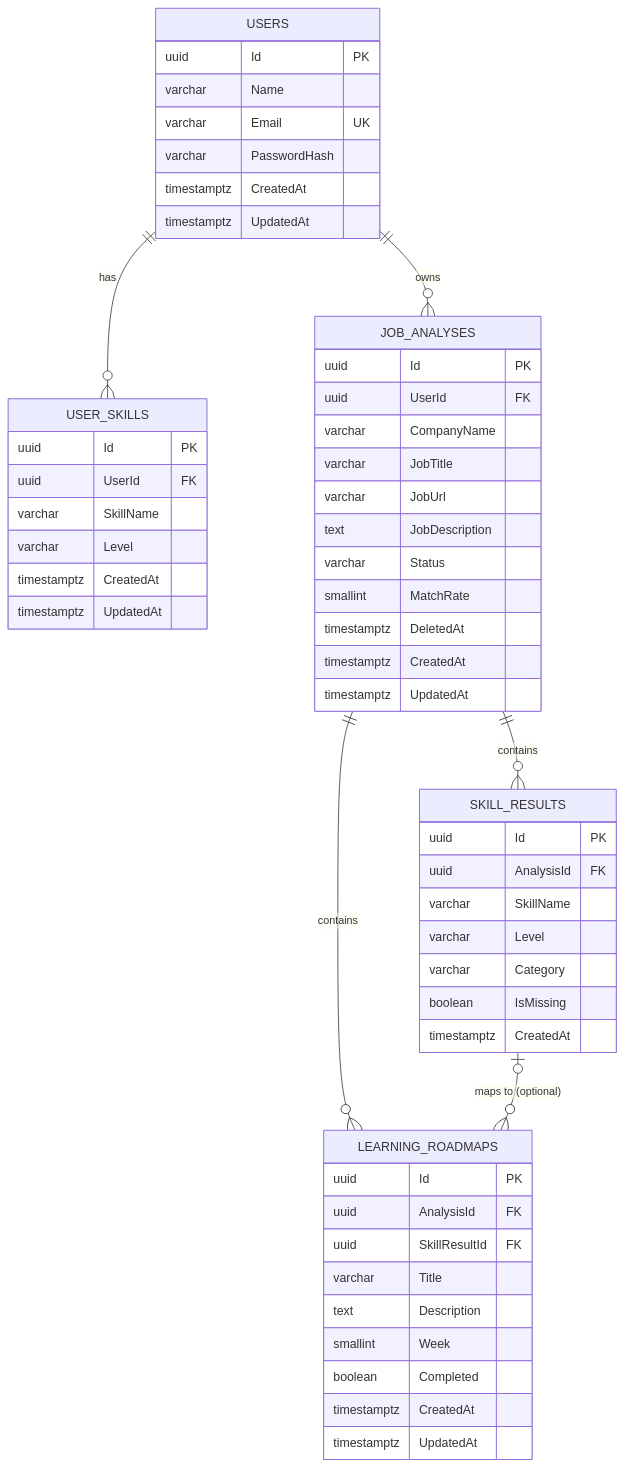
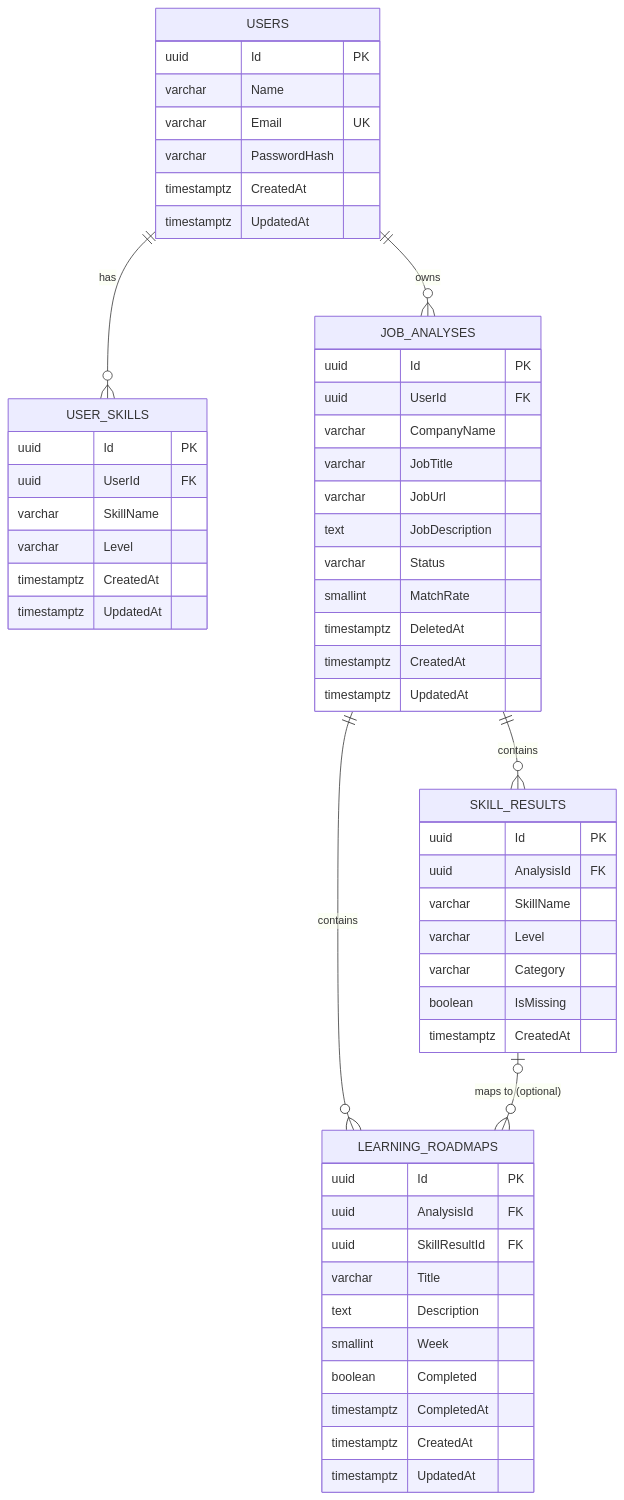
Before and after one commit to leanlab842-art/skill-pilot: the diagram in docs/db.md, drawn with Mermaid. The commit also changed other lines of this file and 25 other files, not shown here.

````diff
--- a/docs/db.md
+++ b/docs/db.md
@@ -5,62 +5,63 @@
 ```mermaid
 erDiagram
     USERS ||--o{ USER_SKILLS : has
     USERS ||--o{ JOB_ANALYSES : owns
     JOB_ANALYSES ||--o{ SKILL_RESULTS : contains
     JOB_ANALYSES ||--o{ LEARNING_ROADMAPS : contains
     SKILL_RESULTS |o--o{ LEARNING_ROADMAPS : "maps to (optional)"
 
     USERS {
         uuid Id PK
         varchar Name
         varchar Email UK
         varchar PasswordHash
         timestamptz CreatedAt
         timestamptz UpdatedAt
     }
 
     USER_SKILLS {
         uuid Id PK
         uuid UserId FK
         varchar SkillName
         varchar Level
         timestamptz CreatedAt
         timestamptz UpdatedAt
     }
 
     JOB_ANALYSES {
         uuid Id PK
         uuid UserId FK
         varchar CompanyName
         varchar JobTitle
         varchar JobUrl
         text JobDescription
         varchar Status
         smallint MatchRate
         timestamptz DeletedAt
         timestamptz CreatedAt
         timestamptz UpdatedAt
     }
 
     SKILL_RESULTS {
         uuid Id PK
         uuid AnalysisId FK
         varchar SkillName
         varchar Level
         varchar Category
         boolean IsMissing
         timestamptz CreatedAt
     }
 
     LEARNING_ROADMAPS {
         uuid Id PK
         uuid AnalysisId FK
         uuid SkillResultId FK
         varchar Title
         text Description
         smallint Week
         boolean Completed
+        timestamptz CompletedAt
         timestamptz CreatedAt
         timestamptz UpdatedAt
     }
 ```
````
